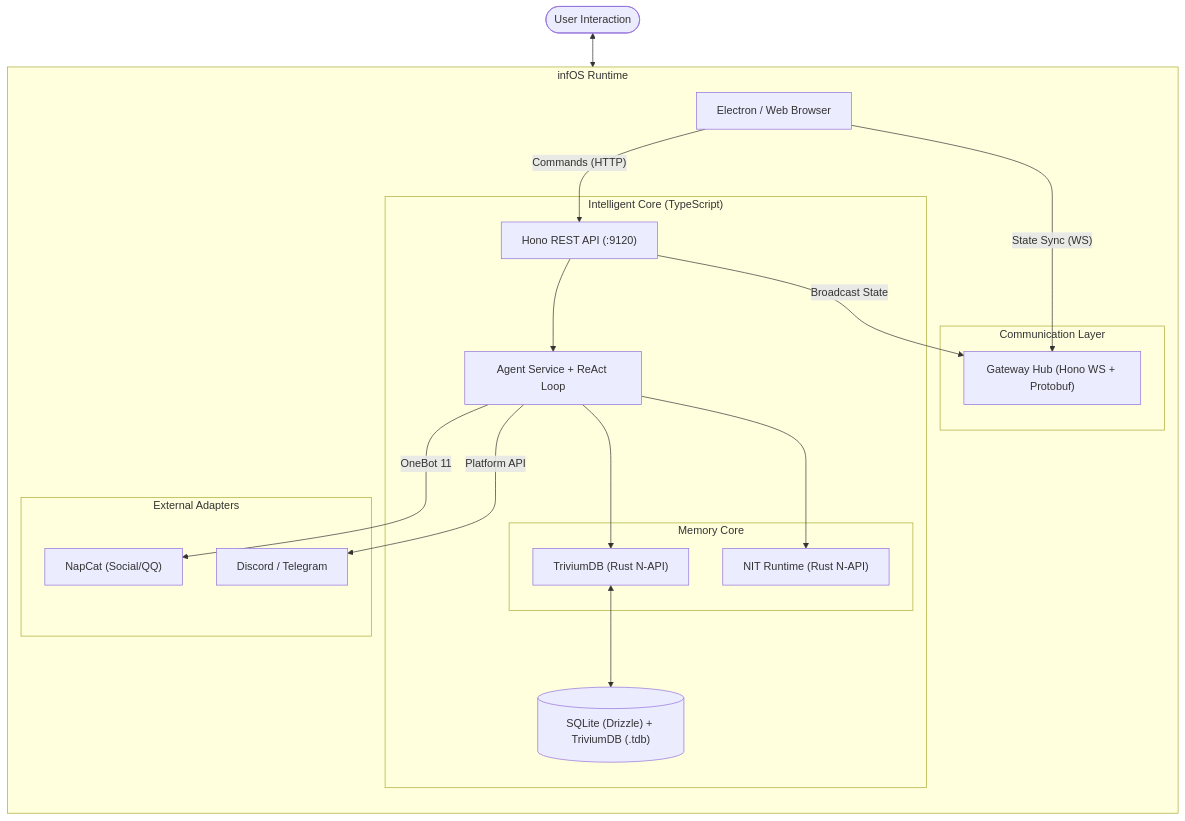
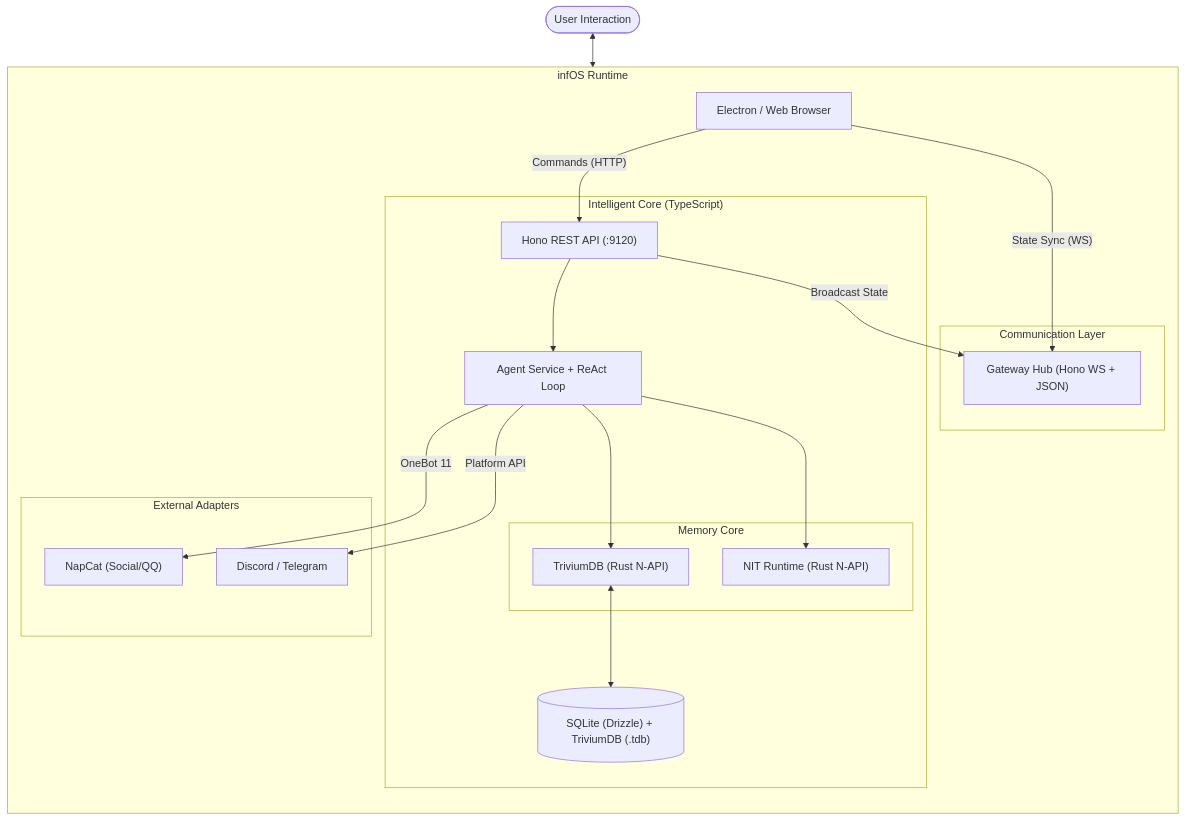
The diagram in README.md (YoKONCy/PeroCore), drawn with Mermaid before and after one commit. The commit also changed other lines of this file and 1448 other files, not shown here.

````diff
--- a/README.md
+++ b/README.md
@@ -259,41 +259,41 @@
 ```mermaid
 flowchart TD
     User([User Interaction]) <--> Client["Electron / Web Browser"]
 
     subgraph "infOS Runtime"
         direction TB
 
         subgraph "Communication Layer"
-            Gateway["Gateway Hub (Hono WS + Protobuf)"]
+            Gateway["Gateway Hub (Hono WS + JSON)"]
         end
 
         subgraph "Intelligent Core (TypeScript)"
             API["Hono REST API (:9120)"]
             Agent["Agent Service + ReAct Loop"]
 
             subgraph "Memory Core"
                 TDB["TriviumDB (Rust N-API)"]
                 NIT["NIT Runtime (Rust N-API)"]
             end
 
             API --> Agent
             Agent --> TDB
             Agent --> NIT
 
             TDB <--> DB[("SQLite (Drizzle) + TriviumDB (.tdb)")]
         end
 
         subgraph "External Adapters"
             NapCat["NapCat (Social/QQ)"]
             Discord["Discord / Telegram"]
         end
 
         Client -- "State Sync (WS)" --> Gateway
         Client -- "Commands (HTTP)" --> API
 
         API -- "Broadcast State" --> Gateway
 
         Agent -- "OneBot 11" --> NapCat
         Agent -- "Platform API" --> Discord
     end
 ```
````
